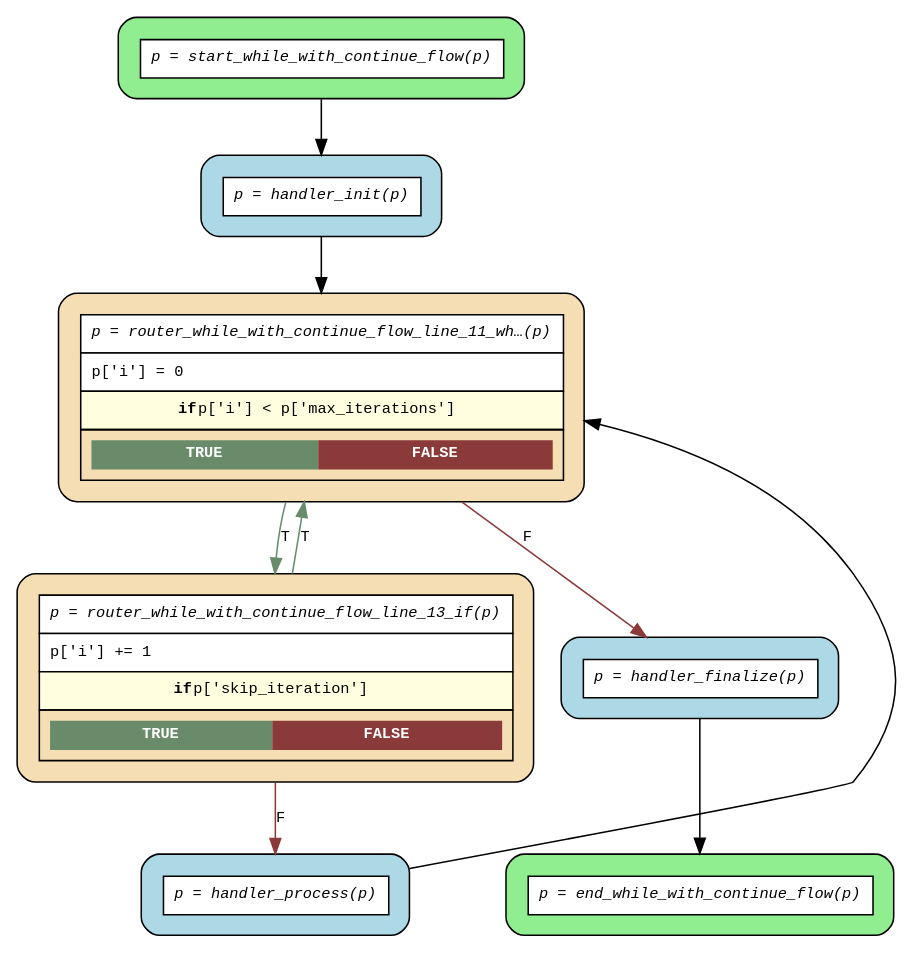
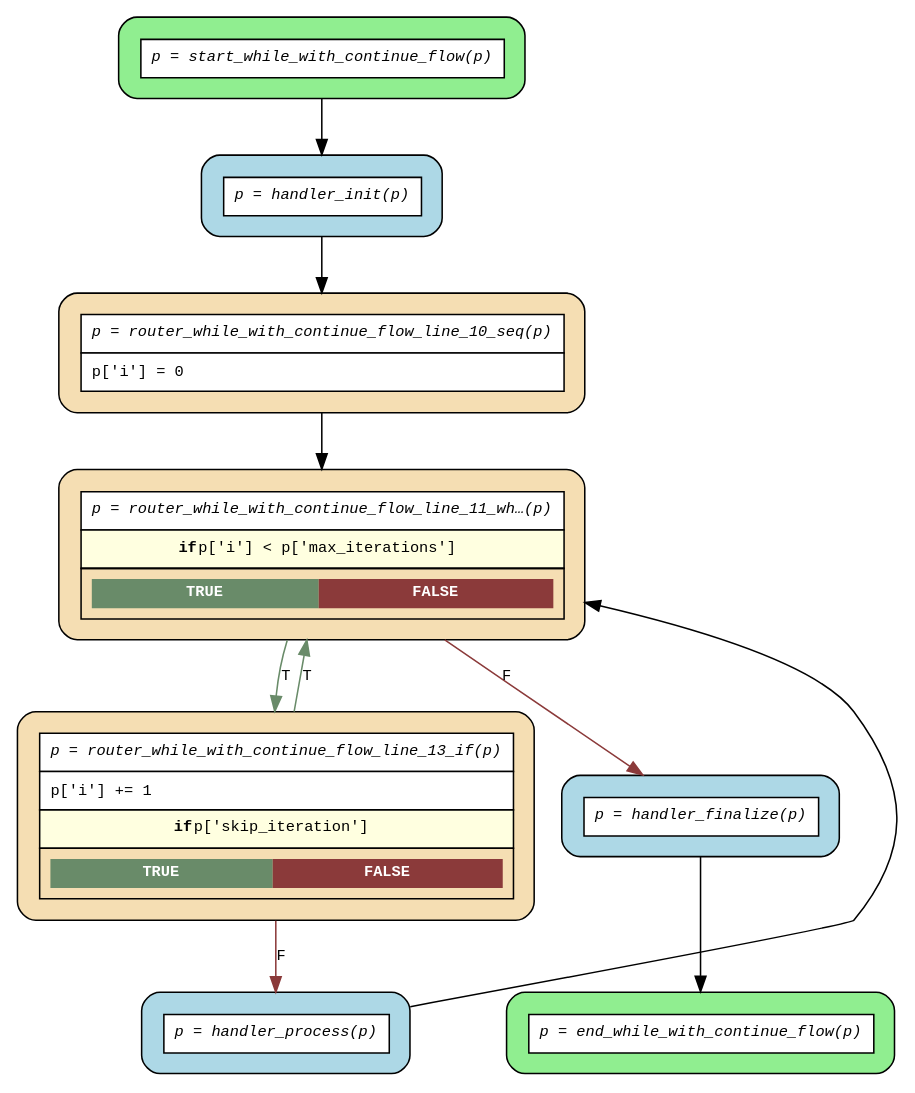
The diagram in examples/flows/compiled/while_with_continue/flow.dot (deliveryhero/asya), drawn with Graphviz before and after one commit. The commit also changed 31 other files, not shown here.

```diff
--- a/examples/flows/compiled/while_with_continue/flow.dot
+++ b/examples/flows/compiled/while_with_continue/flow.dot
@@ -1,23 +1,25 @@
 digraph flow {
   rankdir=TB;
   graph [fontname="Courier", fontsize=10];
   node [fontname="Courier", fontsize=10, shape=box, style="filled,rounded", margin="0.2"];
   edge [fontname="Courier", fontsize=10];
 
   start_while_with_continue_flow [fillcolor="lightgreen", label=<<table border="0" cellspacing="0" cellpadding="6" cellborder="1"><tr><td bgcolor="white" align="center"><i>p = start_while_with_continue_flow(p)</i></td></tr></table>>];
   router_while_with_continue_flow_line_13_if [fillcolor="wheat", label=<<table border="0" cellspacing="0" cellpadding="6" cellborder="1"><tr><td bgcolor="white" align="center"><i>p = router_while_with_continue_flow_line_13_if(p)</i></td></tr><tr><td bgcolor="white" align="left">p['i'] += 1</td></tr><tr><td bgcolor="lightyellow"><b>if</b> p['skip_iteration']</td></tr><tr><td><table border="0" cellspacing="0" cellpadding="4"><tr><td bgcolor="darkseagreen4"><font color="white"><b>TRUE</b></font></td><td bgcolor="indianred4"><font color="white"><b>FALSE</b></font></td></tr></table></td></tr></table>>];
-  router_while_with_continue_flow_line_11_while_0 [fillcolor="wheat", label=<<table border="0" cellspacing="0" cellpadding="6" cellborder="1"><tr><td bgcolor="white" align="center"><i>p = router_while_with_continue_flow_line_11_wh…(p)</i></td></tr><tr><td bgcolor="white" align="left">p['i'] = 0</td></tr><tr><td bgcolor="lightyellow"><b>if</b> p['i'] &lt; p['max_iterations']</td></tr><tr><td><table border="0" cellspacing="0" cellpadding="4"><tr><td bgcolor="darkseagreen4"><font color="white"><b>TRUE</b></font></td><td bgcolor="indianred4"><font color="white"><b>FALSE</b></font></td></tr></table></td></tr></table>>];
+  router_while_with_continue_flow_line_11_while_0 [fillcolor="wheat", label=<<table border="0" cellspacing="0" cellpadding="6" cellborder="1"><tr><td bgcolor="white" align="center"><i>p = router_while_with_continue_flow_line_11_wh…(p)</i></td></tr><tr><td bgcolor="lightyellow"><b>if</b> p['i'] &lt; p['max_iterations']</td></tr><tr><td><table border="0" cellspacing="0" cellpadding="4"><tr><td bgcolor="darkseagreen4"><font color="white"><b>TRUE</b></font></td><td bgcolor="indianred4"><font color="white"><b>FALSE</b></font></td></tr></table></td></tr></table>>];
+  router_while_with_continue_flow_line_10_seq [fillcolor="wheat", label=<<table border="0" cellspacing="0" cellpadding="6" cellborder="1"><tr><td bgcolor="white" align="center"><i>p = router_while_with_continue_flow_line_10_seq(p)</i></td></tr><tr><td bgcolor="white" align="left">p['i'] = 0</td></tr></table>>];
   end_while_with_continue_flow [fillcolor="lightgreen", label=<<table border="0" cellspacing="0" cellpadding="6" cellborder="1"><tr><td bgcolor="white" align="center"><i>p = end_while_with_continue_flow(p)</i></td></tr></table>>];
   handler_finalize [fillcolor="lightblue", label=<<table border="0" cellspacing="0" cellpadding="6" cellborder="1"><tr><td bgcolor="white" align="center"><i>p = handler_finalize(p)</i></td></tr></table>>];
   handler_init [fillcolor="lightblue", label=<<table border="0" cellspacing="0" cellpadding="6" cellborder="1"><tr><td bgcolor="white" align="center"><i>p = handler_init(p)</i></td></tr></table>>];
   handler_process [fillcolor="lightblue", label=<<table border="0" cellspacing="0" cellpadding="6" cellborder="1"><tr><td bgcolor="white" align="center"><i>p = handler_process(p)</i></td></tr></table>>];
 
   handler_finalize -> end_while_with_continue_flow;
-  handler_init -> router_while_with_continue_flow_line_11_while_0;
+  handler_init -> router_while_with_continue_flow_line_10_seq;
   handler_process -> router_while_with_continue_flow_line_11_while_0 [constraint=false];
+  router_while_with_continue_flow_line_10_seq -> router_while_with_continue_flow_line_11_while_0;
   router_while_with_continue_flow_line_11_while_0 -> handler_finalize [label="F", color=indianred4];
   router_while_with_continue_flow_line_11_while_0 -> router_while_with_continue_flow_line_13_if [label="T", color=darkseagreen4];
   router_while_with_continue_flow_line_13_if -> handler_process [label="F", color=indianred4];
   router_while_with_continue_flow_line_13_if -> router_while_with_continue_flow_line_11_while_0 [label="T", color=darkseagreen4];
   start_while_with_continue_flow -> handler_init;
 }
```
